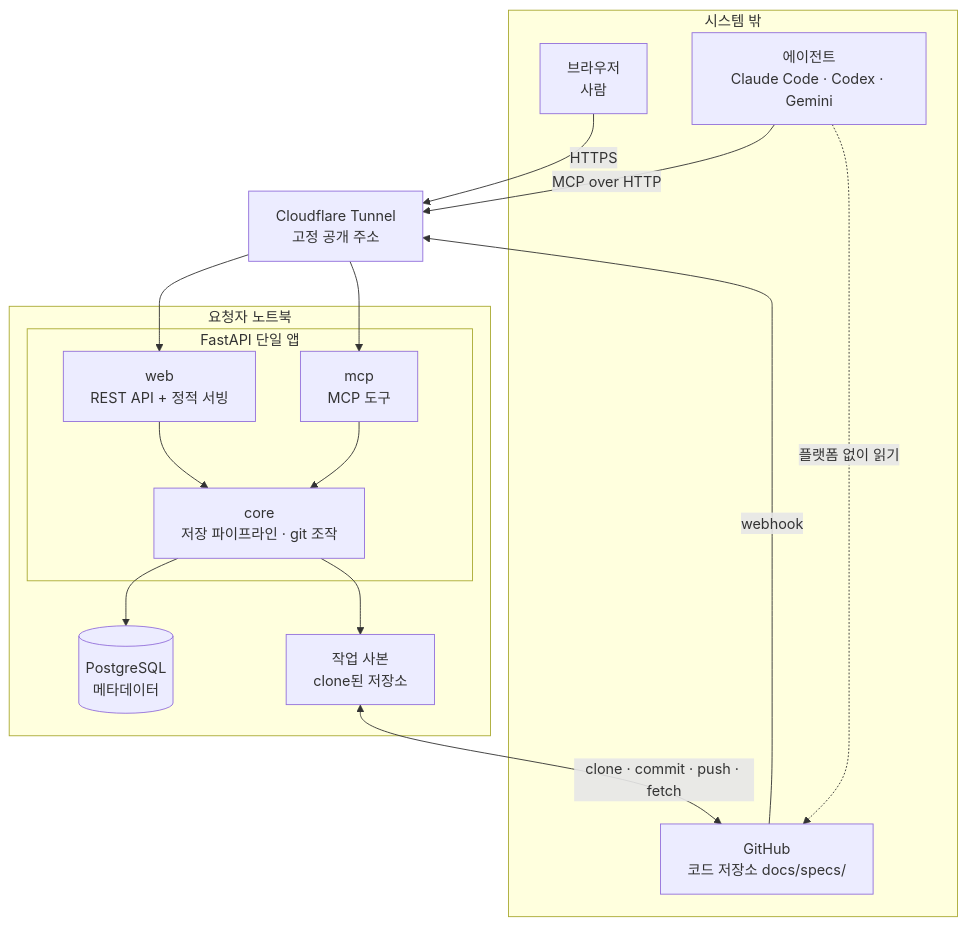
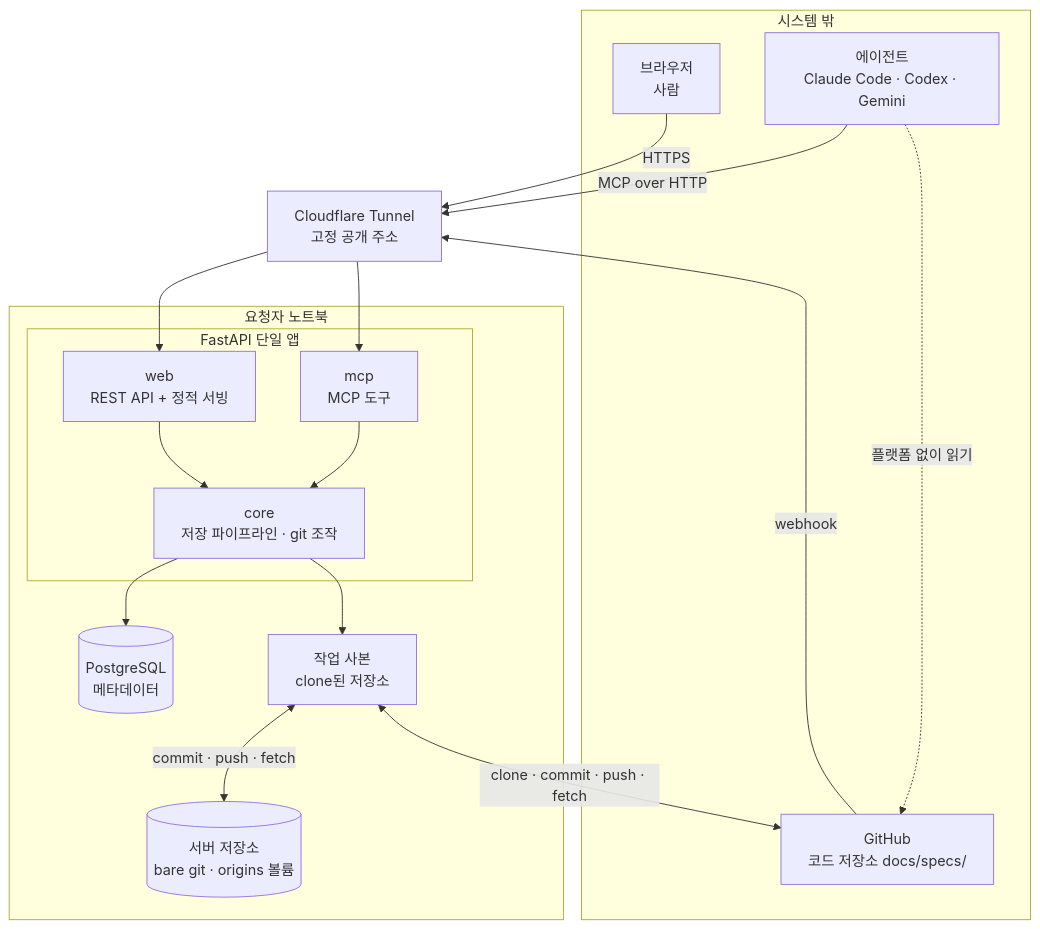
Before and after one commit to HoyoungParkme/syncdoc: the first of 2 diagrams in docs/specs/05-INFRA/SYNC-INFRA-001.md, drawn with Mermaid. The commit also changed other lines of this file, not shown here.

First line of the commit message:
spec(SYNC-INFRA-001): 서버 저장소 — 구성도·토큰 없음·설정 둘·데이터·통지·볼륨

````diff
--- a/docs/specs/05-INFRA/SYNC-INFRA-001.md
+++ b/docs/specs/05-INFRA/SYNC-INFRA-001.md
@@ -64,32 +64,34 @@
 ```mermaid
 graph TB
     subgraph outside["시스템 밖"]
         BR["브라우저<br/>사람"]
         AG["에이전트<br/>Claude Code · Codex · Gemini"]
         GH["GitHub<br/>코드 저장소 docs/specs/"]
     end
 
     CF["Cloudflare Tunnel<br/>고정 공개 주소"]
 
     subgraph laptop["요청자 노트북"]
         subgraph app["FastAPI 단일 앱"]
             WEB["web<br/>REST API + 정적 서빙"]
             MCP["mcp<br/>MCP 도구"]
             CORE["core<br/>저장 파이프라인 · git 조작"]
             WEB --> CORE
             MCP --> CORE
         end
         PG[("PostgreSQL<br/>메타데이터")]
         FS["작업 사본<br/>clone된 저장소"]
+        OR[("서버 저장소<br/>bare git · origins 볼륨")]
         CORE --> PG
         CORE --> FS
+        FS <-->|commit · push · fetch| OR
     end
 
     BR -->|HTTPS| CF
     AG -->|MCP over HTTP| CF
     GH -->|webhook| CF
     CF --> WEB
     CF --> MCP
     FS <-->|clone · commit · push · fetch| GH
     AG -.->|플랫폼 없이 읽기| GH
 ```
````
